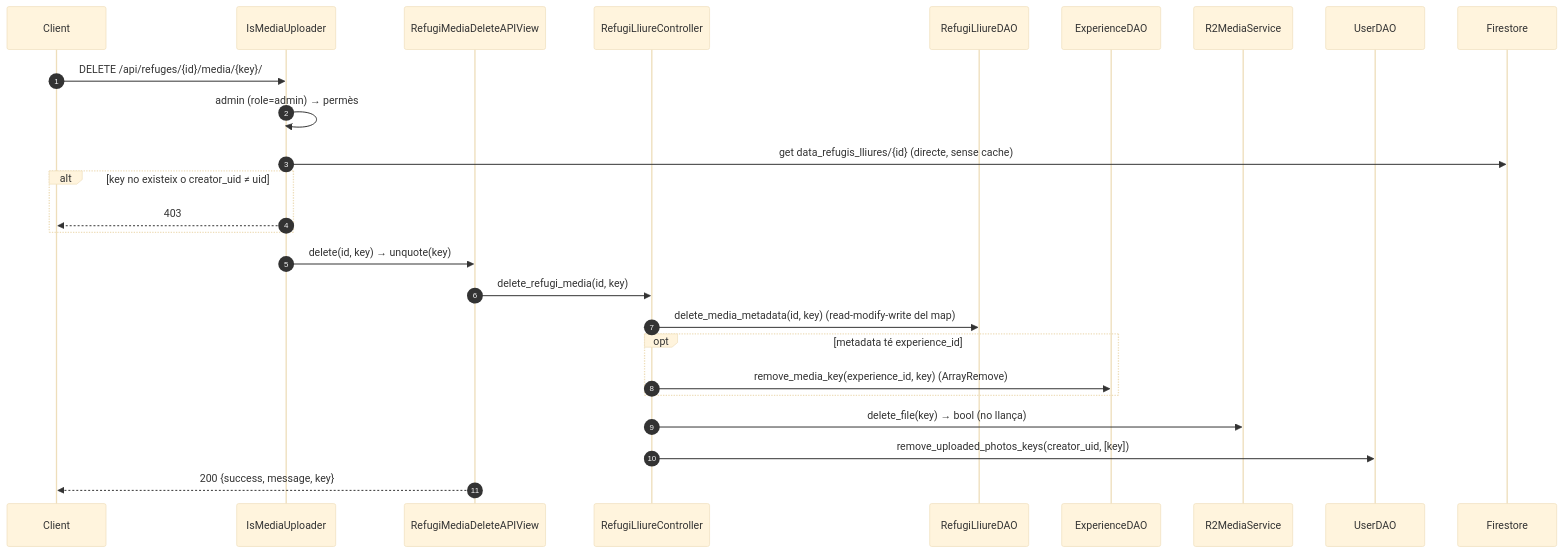
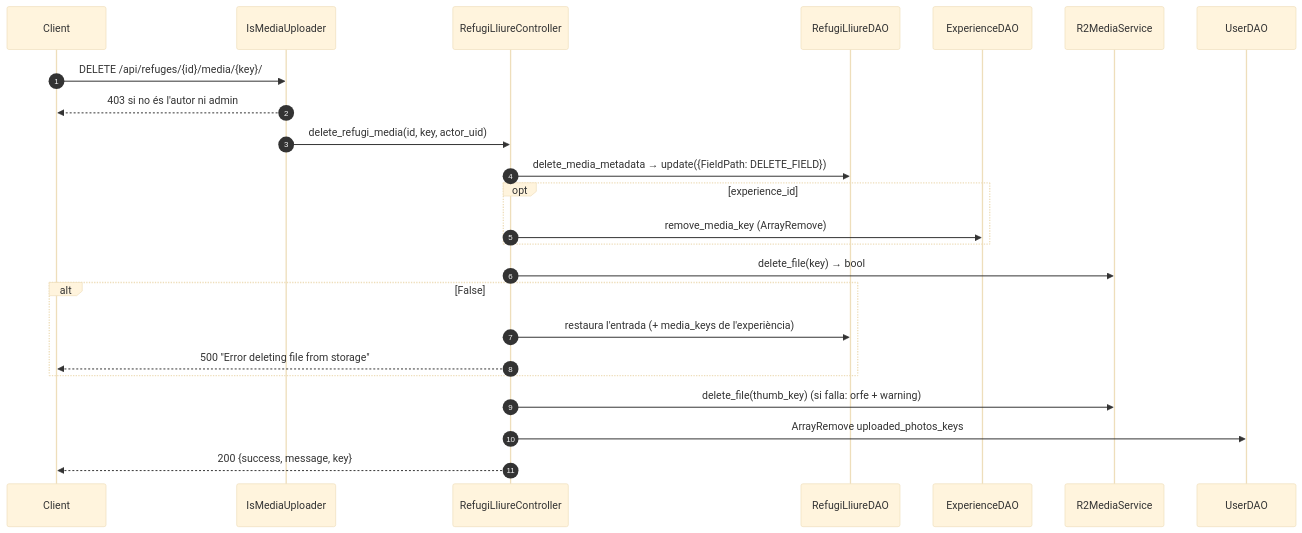
The second of 2 diagrams in docs/flows/03-refuge-media-upload.md (jordirev/RefugisLliures_Backend), drawn with Mermaid (base theme) before and after one commit. The commit also changed other lines of this file and 20 other files, not shown here.

````diff
--- a/docs/flows/03-refuge-media-upload.md
+++ b/docs/flows/03-refuge-media-upload.md
@@ -63,29 +108,27 @@
 ```mermaid
 sequenceDiagram
     autonumber
     participant C as Client
     participant P as IsMediaUploader
-    participant V as RefugiMediaDeleteAPIView
     participant RC as RefugiLliureController
     participant RD as RefugiLliureDAO
     participant ED as ExperienceDAO
     participant R2 as R2MediaService
     participant UD as UserDAO
-    participant F as Firestore
 
     C->>P: DELETE /api/refuges/{id}/media/{key}/
-    P->>P: admin (role=admin) → permès
-    P->>F: get data_refugis_lliures/{id} (directe, sense cache)
-    alt key no existeix o creator_uid ≠ uid
-        P-->>C: 403
+    P-->>C: 403 si no és l'autor ni admin
+    P->>RC: delete_refugi_media(id, key, actor_uid)
+    RC->>RD: delete_media_metadata → update({FieldPath: DELETE_FIELD})
+    opt experience_id
+        RC->>ED: remove_media_key (ArrayRemove)
     end
-    P->>V: delete(id, key) → unquote(key)
-    V->>RC: delete_refugi_media(id, key)
-    RC->>RD: delete_media_metadata(id, key) (read-modify-write del map)
-    opt metadata té experience_id
-        RC->>ED: remove_media_key(experience_id, key) (ArrayRemove)
+    RC->>R2: delete_file(key) → bool
+    alt False
+        RC->>RD: restaura l'entrada (+ media_keys de l'experiència)
+        RC-->>C: 500 "Error deleting file from storage"
     end
-    RC->>R2: delete_file(key) → bool (no llança)
-    RC->>UD: remove_uploaded_photos_keys(creator_uid, [key])
-    V-->>C: 200 {success, message, key}
+    RC->>R2: delete_file(thumb_key) (si falla: orfe + warning)
+    RC->>UD: ArrayRemove uploaded_photos_keys
+    RC-->>C: 200 {success, message, key}
 ```
````
